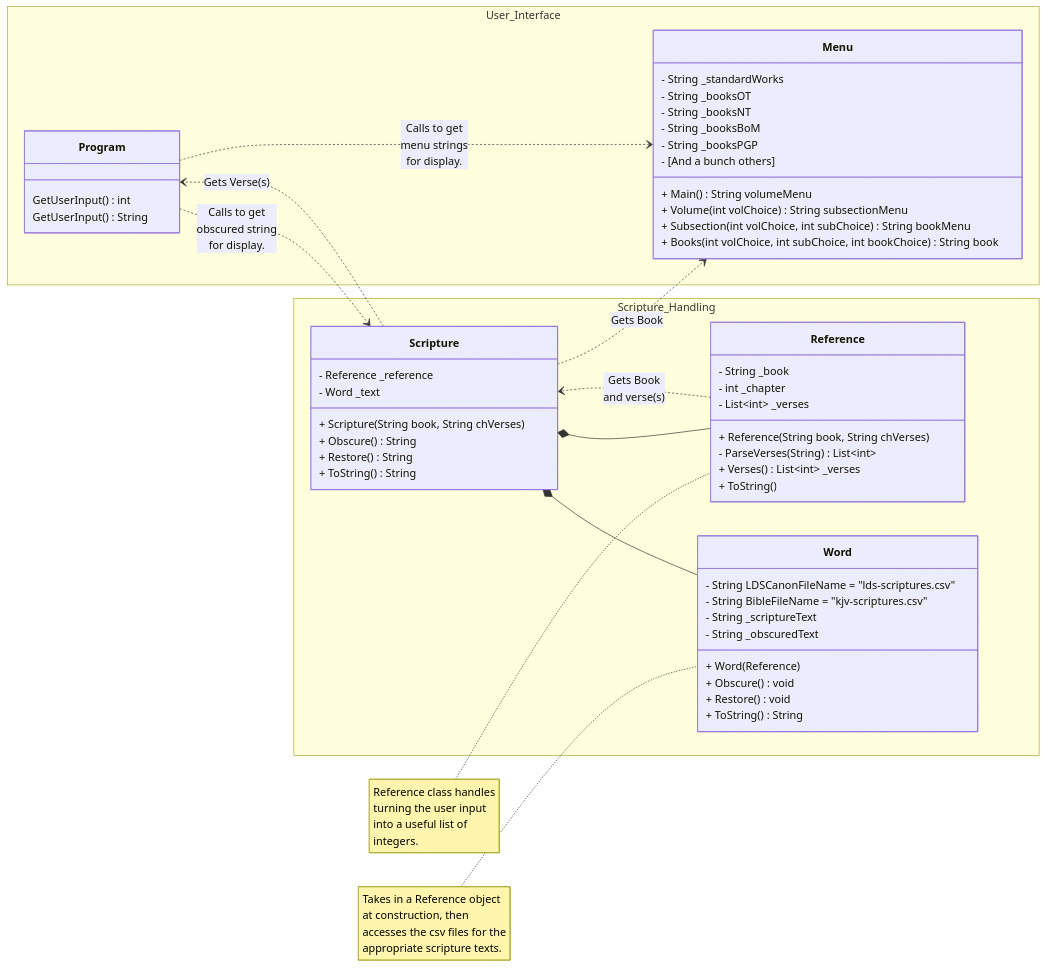
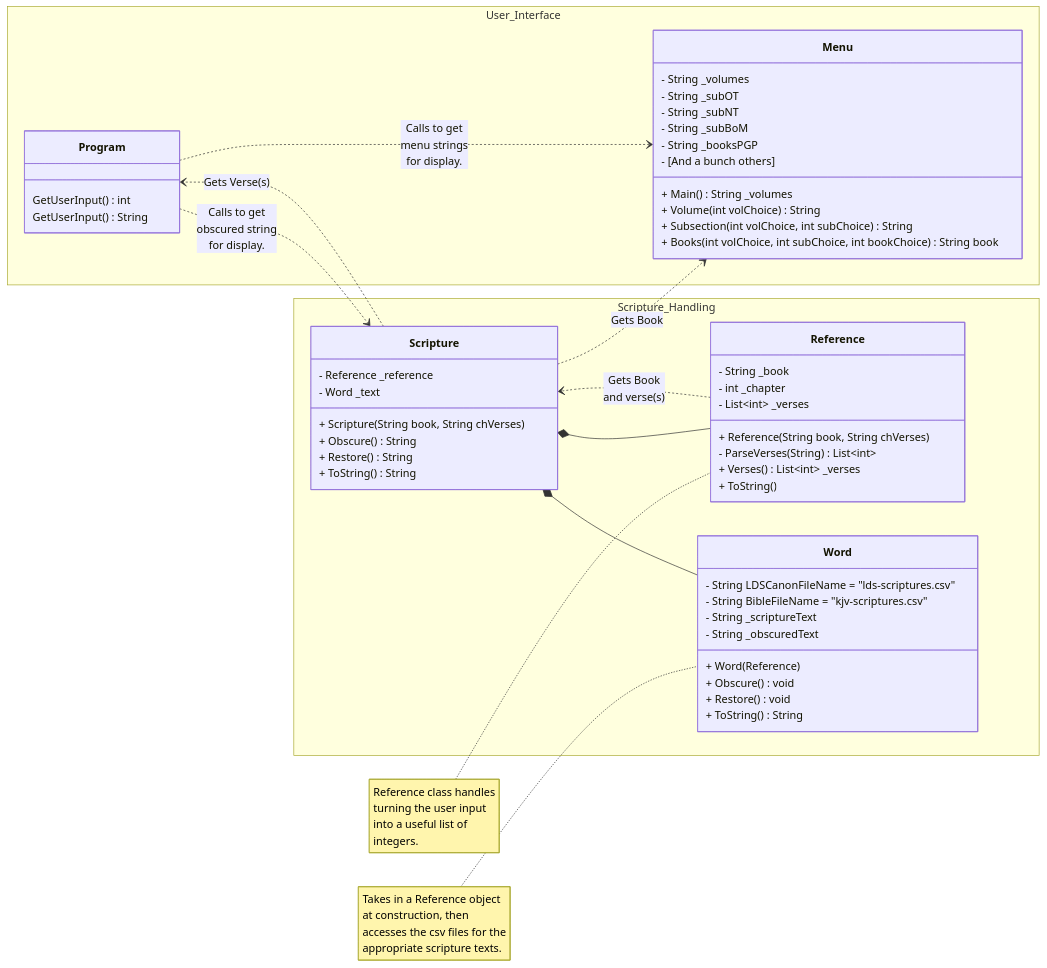
The first of 2 diagrams in prove/Develop03/README.md (parkerd3/CSE_2.electric_boogaloo), drawn with Mermaid before and after one commit. The commit also changed other lines of this file and 1 other file, not shown here.

Commit message:
Trying to sort out all of the menu navigation. So I created a massive flowchart in README to keep track of how the menu is supposed to go.

````diff
--- a/prove/Develop03/README.md
+++ b/prove/Develop03/README.md
@@ -51,62 +51,62 @@
 ```mermaid
 classDiagram
     direction LR
     namespace User_Interface {
         class Program {
             GetUserInput() int
             GetUserInput() String
         }
         class Menu {
-            - String _standardWorks
-            - String _booksOT
-            - String _booksNT
-            - String _booksBoM
+            - String _volumes
+            - String _subOT
+            - String _subNT
+            - String _subBoM
             - String _booksPGP
             - [And a bunch others]
-            + Main() String volumeMenu
-            + Volume(int volChoice) String subsectionMenu
-            + Subsection(int volChoice, int subChoice) String bookMenu
+            + Main() String _volumes
+            + Volume(int volChoice) String
+            + Subsection(int volChoice, int subChoice) String
             + Books(int volChoice, int subChoice, int bookChoice) String book
         }
     }
     
     note for Reference "Reference class handles<br>turning the user input<br>into a useful list of<br>integers."
     note for Word "Takes in a Reference object<br>at construction, then<br>accesses the csv files for the<br>appropriate scripture texts."
     namespace Scripture_Handling{
         
         class Scripture {
             - Reference _reference
             - Word _text
             + Scripture(String book, String chVerses)
             + Obscure() String
             + Restore() String
             + ToString() String
         }
         class Reference {
             - String _book
             - int _chapter
             - List~int~ _verses
             + Reference(String book, String chVerses)
             - ParseVerses(String) List~int~
             + Verses() List~int~ _verses
             + ToString()
         }
         class Word {
             - String LDSCanonFileName = "lds-scriptures.csv"
             - String BibleFileName = "kjv-scriptures.csv"
             - String _scriptureText
             - String _obscuredText
             + Word(Reference)
             + Obscure() void
             + Restore() void
             + ToString() String 
         }
     }
     Program ..> Menu : Calls to get<br>menu strings<br>for display.
     Scripture *-- Word
     Scripture *-- Reference
     Scripture ..> Menu : Gets Book
     Scripture ..> Program : Gets Verse(s)
     Reference ..> Scripture : Gets Book<br>and verse(s)
     Program ..> Scripture : Calls to get<br>obscured string<br>for display.
 ```
````
